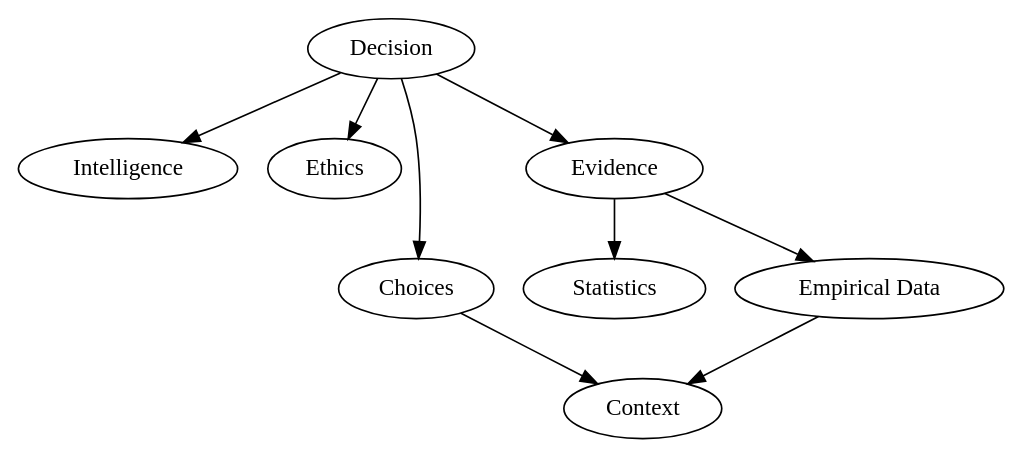
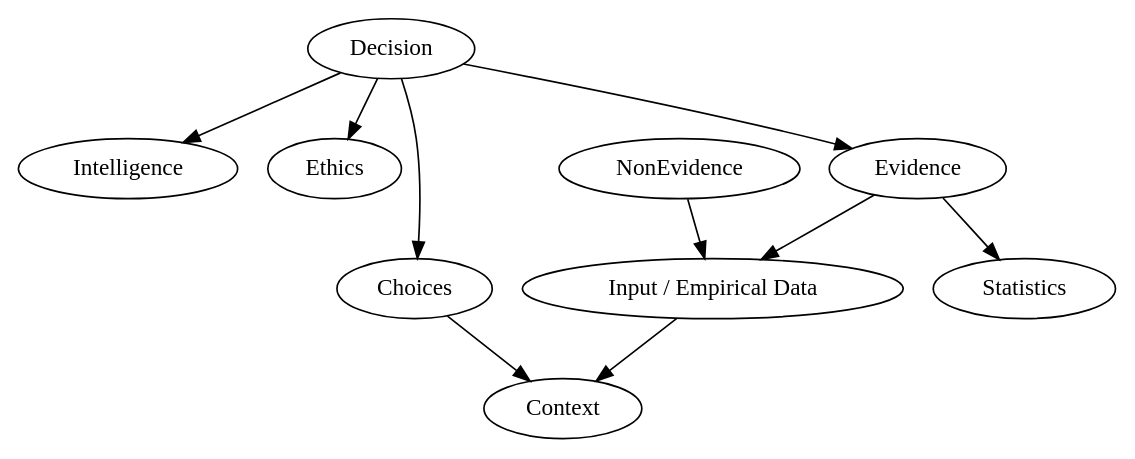
Before and after one commit to freeman42x/formalize-all-the-things: the diagram in Concepts/Abstract.dot, drawn with Graphviz.

```diff
--- a/Concepts/Abstract.dot
+++ b/Concepts/Abstract.dot
@@ -1,67 +1,69 @@
 digraph G {
 
   rankdir=TB;
 
   /*
     TODO
     A weird concept related to freedom
     that humans think they can do
 
     Decision ties into Systems Theory concepts
     could use to more easily explain it
   */
   "Decision";
 
   /*
   
     Intelligence is a metric that measures the capability of an agent
     to make optimal decisions in relation to its goals
   
   */
   "Intelligence" [weight=1];
 
   /*
     Decision making constraint
     that optimizes for good (<- TODO) of systems of agents
   */
   "Ethics" [weight=1];
 
   // All possible decisions you could make in current context
   "Choices" [weight=1];
 
-  // Evidence or NonEvidence are Inputs
+  "Input / Empirical Data";
+
+  "Evidence" -> "Input / Empirical Data";
+
+  "NonEvidence" -> "Input / Empirical Data";
 
   // Information that comes from context
   "Evidence" [weight=1];
 
   "Decision" -> "Intelligence";
 
   "Decision" -> "Ethics";
 
   "Decision" -> "Choices";
 
   "Decision" -> "Evidence";
 
   /*
     TODO context needs to be abstracted away from the Laws of Physics
     -- the semantics need to function in any type of reality irregardless of physics
     -- senses - inputs (consciousness O.O)
     -- example contexts:
         - being somewhere in physical reality
         - virtual context - being an agent inside of a virtual world like a game
         - simulation context - we ourselves could be in a simulation
                             - mostly irrelevant for daily lives but fu -}
   {-  spacetime coordinate
       - 3D location
       - time             -}
   */
   "Context";
 
   "Choices" -> "Context";
 
   "Evidence" -> "Statistics";
 
-  "Evidence" -> "Empirical Data";
-
-  "Empirical Data" -> "Context";
+  "Input / Empirical Data" -> "Context";
 }
```
